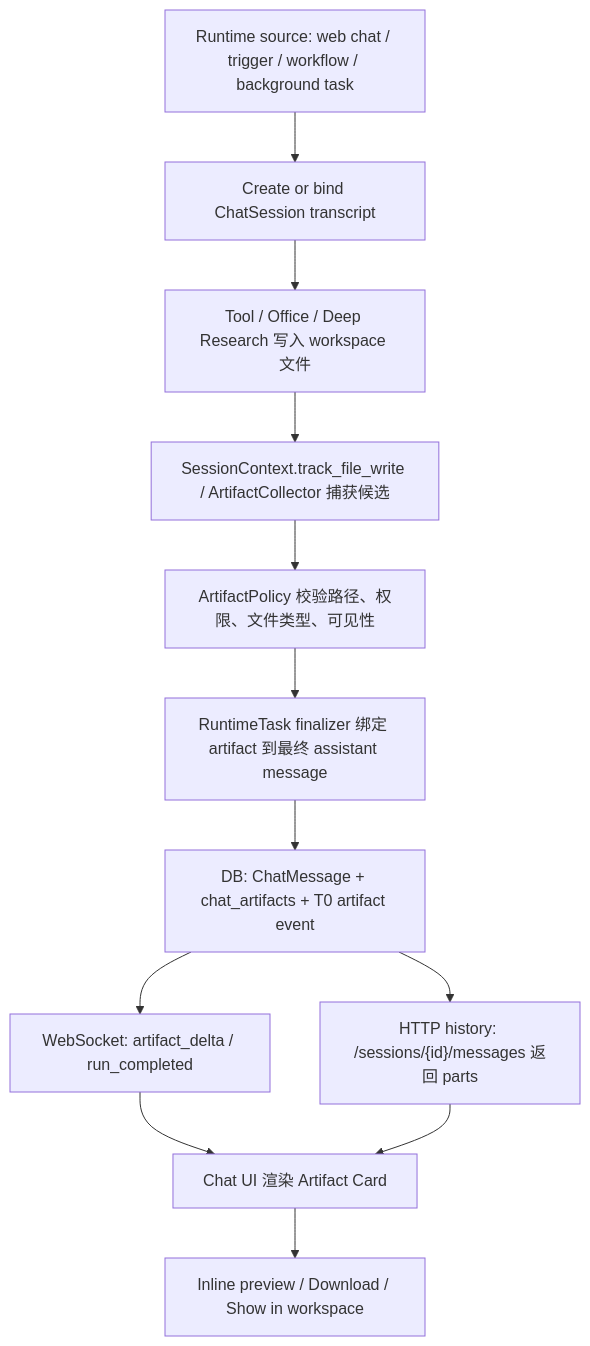
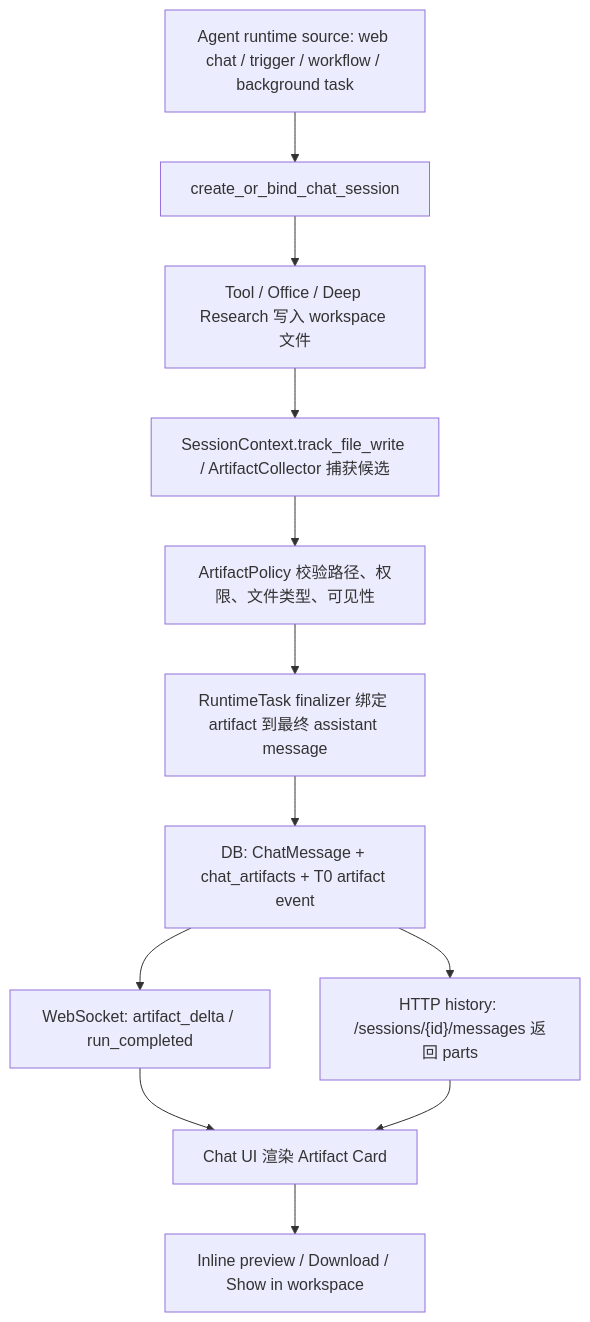
Before and after one commit to SteamRocket-Labs/hiveclaw: the diagram in docs/chat-artifact-delivery-redesign-2026-06-20.md, drawn with Mermaid. The commit also changed other lines of this file and 150 other files, not shown here.

````diff
--- a/docs/chat-artifact-delivery-redesign-2026-06-20.md
+++ b/docs/chat-artifact-delivery-redesign-2026-06-20.md
@@ -83,14 +275,14 @@
 ```mermaid
 flowchart TD
-  A["Runtime source: web chat / trigger / workflow / background task"] --> B["Create or bind ChatSession transcript"]
+  A["Agent runtime source: web chat / trigger / workflow / background task"] --> B["create_or_bind_chat_session"]
   B --> C["Tool / Office / Deep Research 写入 workspace 文件"]
   C --> D["SessionContext.track_file_write / ArtifactCollector 捕获候选"]
   D --> E["ArtifactPolicy 校验路径、权限、文件类型、可见性"]
   E --> F["RuntimeTask finalizer 绑定 artifact 到最终 assistant message"]
   F --> G["DB: ChatMessage + chat_artifacts + T0 artifact event"]
   G --> H["WebSocket: artifact_delta / run_completed"]
   G --> I["HTTP history: /sessions/{id}/messages 返回 parts"]
   H --> J["Chat UI 渲染 Artifact Card"]
   I --> J
   J --> K["Inline preview / Download / Show in workspace"]
 ```
````
